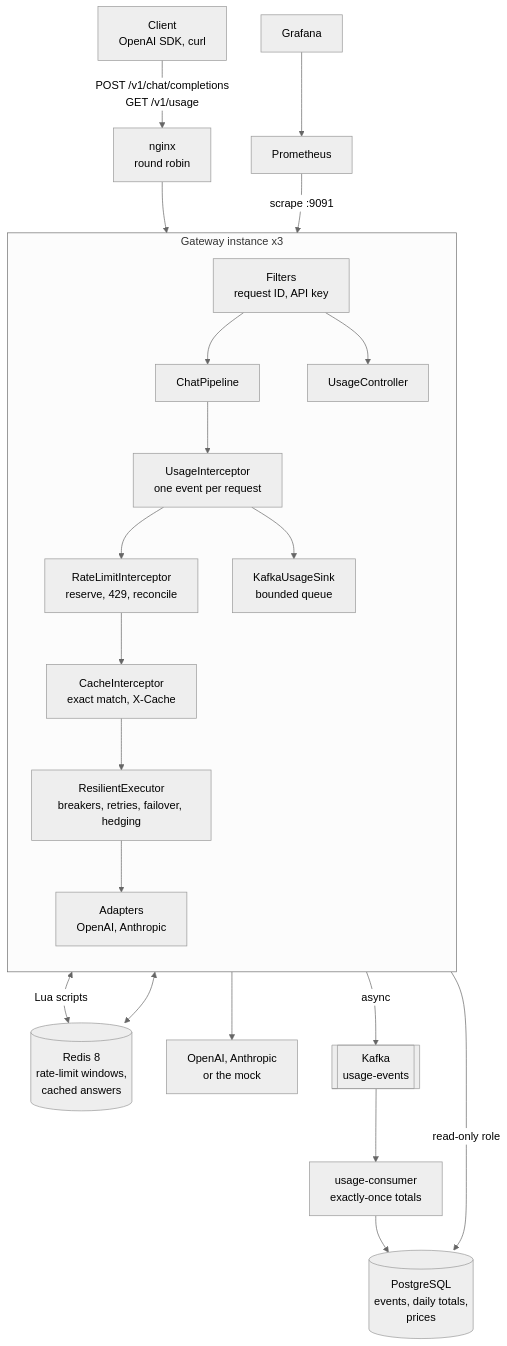
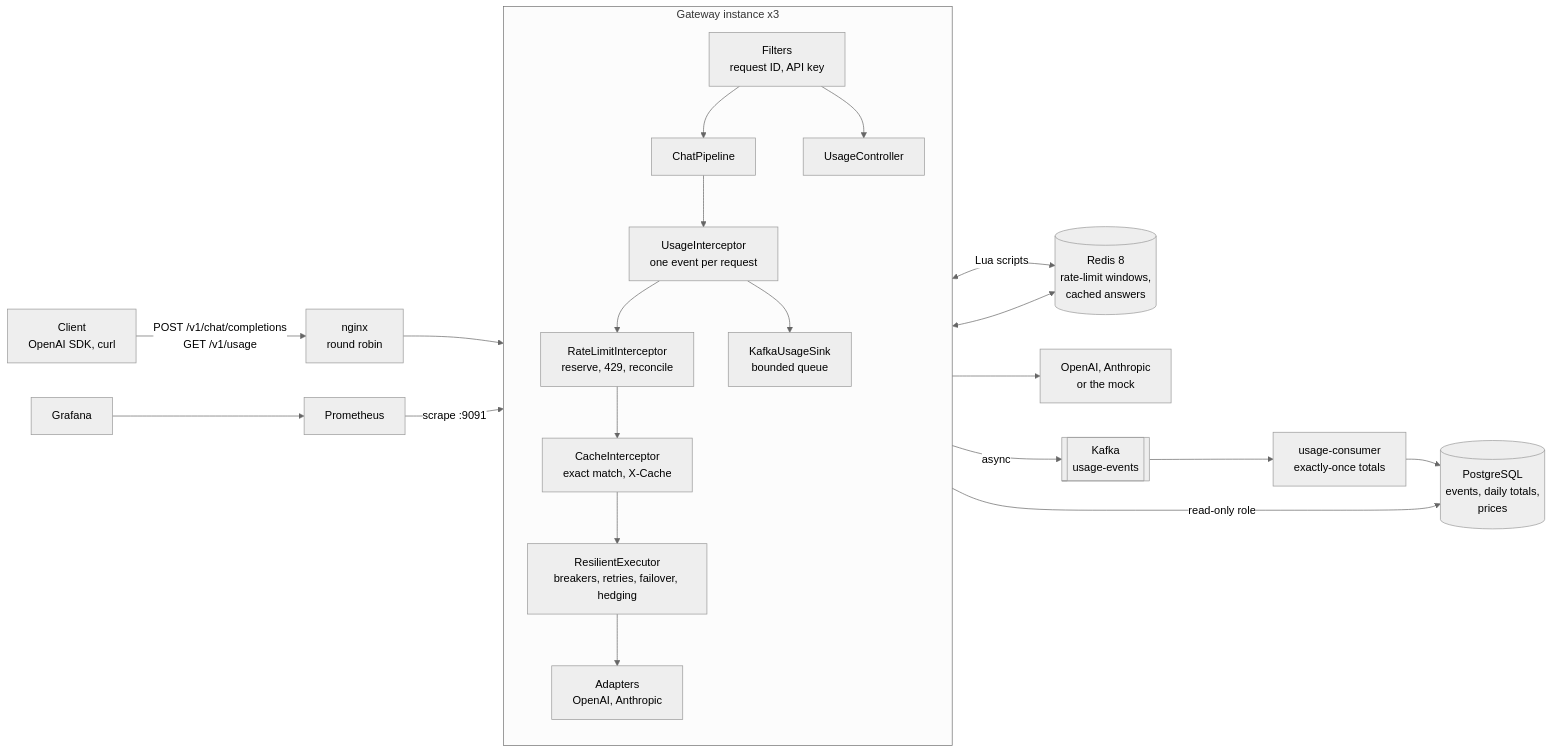
One commit to arsheen2244/llm-gateway changed the diagram in README.md. Above: the diagram before and after it, drawn with Mermaid (neutral theme).

Commit message:
README: gateway steps top to bottom, the rest beside them

````diff
--- a/README.md
+++ b/README.md
@@ -172,27 +172,27 @@
 ```mermaid
-flowchart TB
+flowchart LR
     C[Client<br/>OpenAI SDK, curl] -->|POST /v1/chat/completions<br/>GET /v1/usage| N[nginx<br/>round robin]
     N --> F
 
     subgraph GW[Gateway instance x3]
         direction TB
         F[Filters<br/>request ID, API key] --> P[ChatPipeline]
         P --> U[UsageInterceptor<br/>one event per request]
         U --> RL[RateLimitInterceptor<br/>reserve, 429, reconcile]
         RL --> CA[CacheInterceptor<br/>exact match, X-Cache]
         CA --> EX[ResilientExecutor<br/>breakers, retries, failover, hedging]
         EX --> A[Adapters<br/>OpenAI, Anthropic]
         U --> Q[KafkaUsageSink<br/>bounded queue]
         F --> UC[UsageController]
     end
 
     RL <-->|Lua scripts| RD[(Redis 8<br/>rate-limit windows,<br/>cached answers)]
     CA <--> RD
     A --> PR[OpenAI, Anthropic<br/>or the mock]
     Q -->|async| K[[Kafka<br/>usage-events]]
     K --> CO[usage-consumer<br/>exactly-once totals]
     CO --> PG[(PostgreSQL<br/>events, daily totals,<br/>prices)]
     UC -->|read-only role| PG
     PM[Prometheus] -->|scrape :9091| GW
     G[Grafana] --> PM
 ```
````
